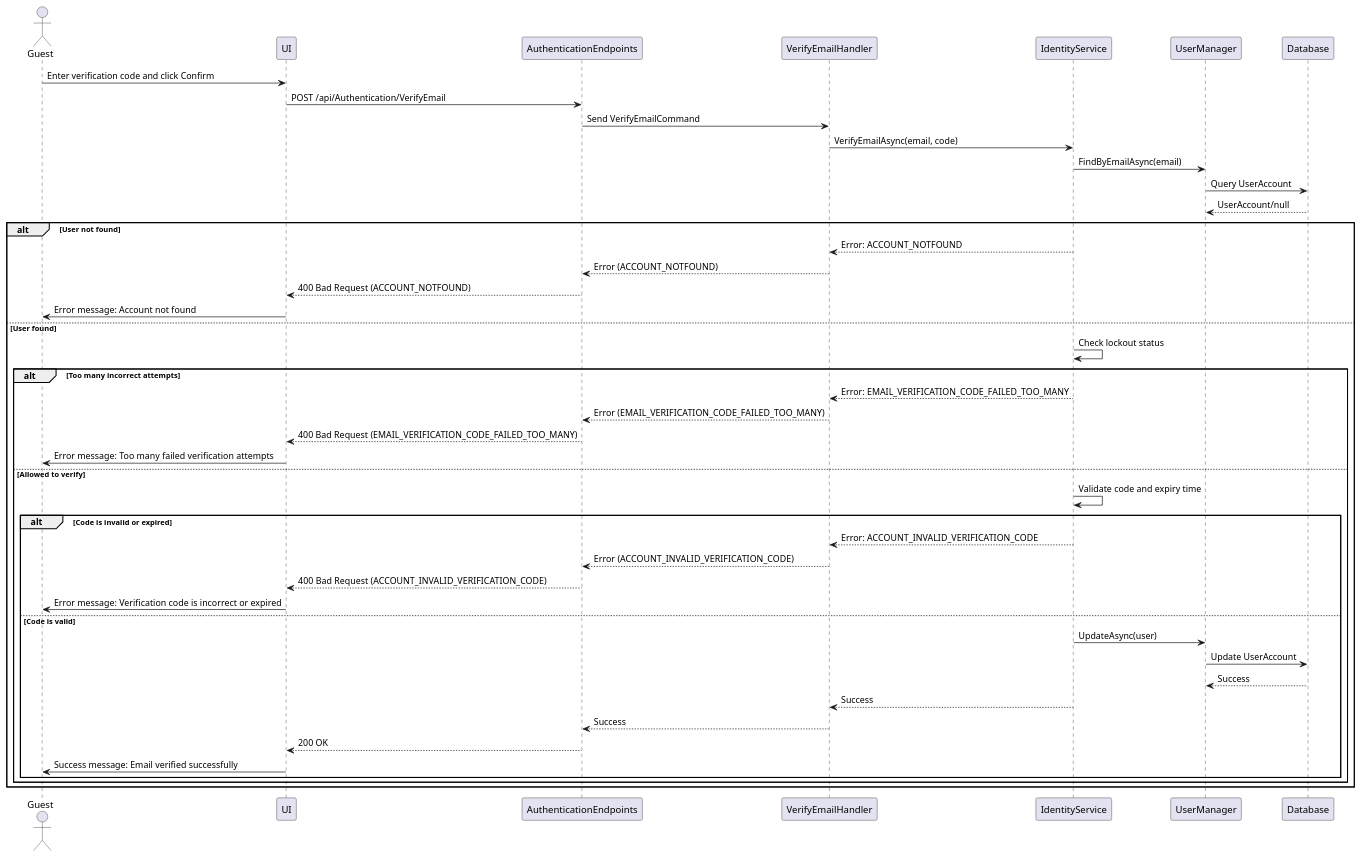
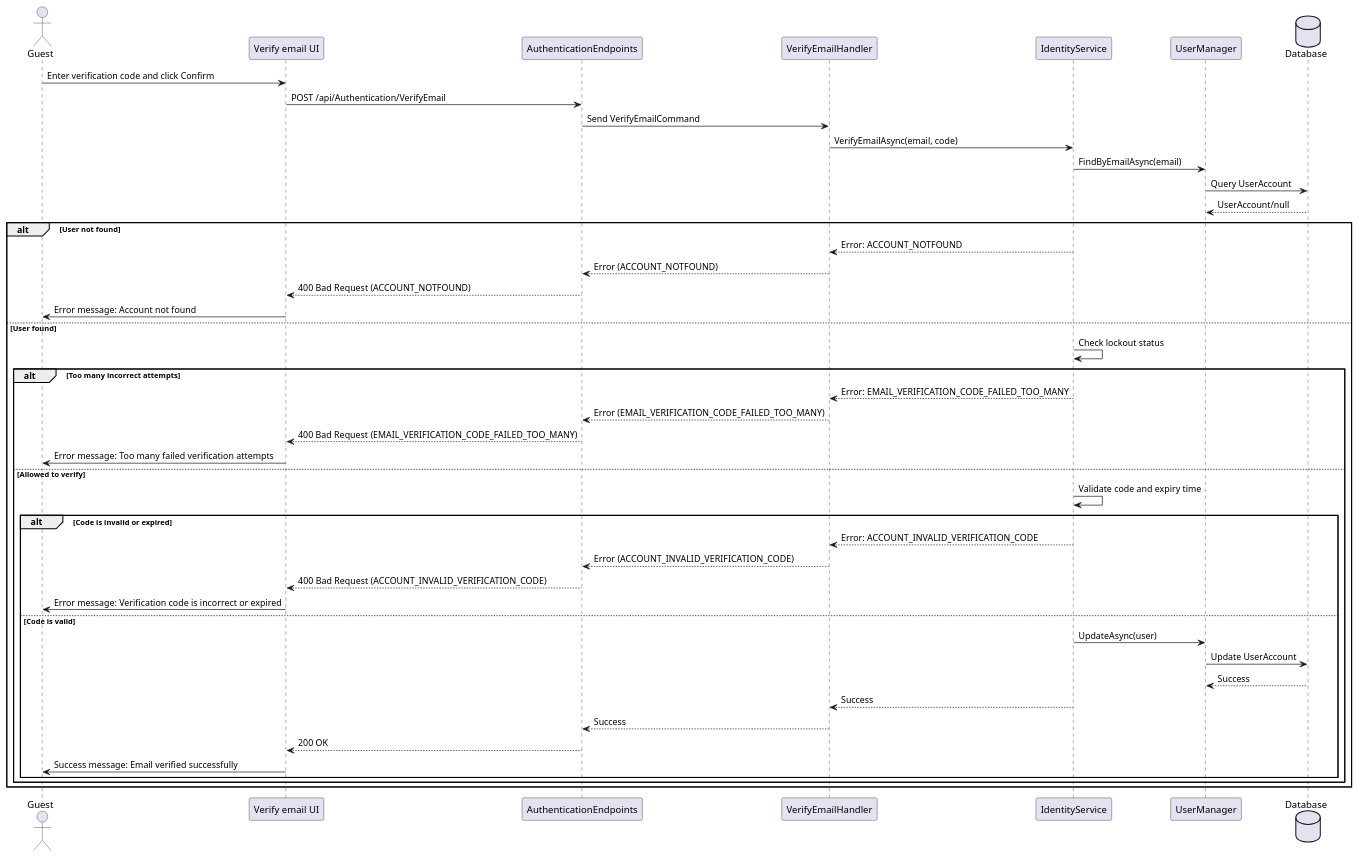
One commit to thanhkhac/SEP_Diagram changed the diagram in authentication/Sequence/07_VerifyEmail.puml. Above: the diagram before and after it, drawn with PlantUML. The commit also changed 9 other files, not shown here.

First line of the commit message:
Update authentication sequence diagrams for clarity

```diff
--- a/authentication/Sequence/07_VerifyEmail.puml
+++ b/authentication/Sequence/07_VerifyEmail.puml
@@ -1,48 +1,48 @@
 @startuml
 actor Guest as User
-participant UI
+participant "Verify email UI" as UI
 participant AuthenticationEndpoints
 participant VerifyEmailHandler
 participant IdentityService
 participant UserManager
-participant Database
+Database Database
 
 User -> UI : Enter verification code and click Confirm
 UI -> AuthenticationEndpoints : POST /api/Authentication/VerifyEmail
 AuthenticationEndpoints -> VerifyEmailHandler : Send VerifyEmailCommand
 VerifyEmailHandler -> IdentityService : VerifyEmailAsync(email, code)
 IdentityService -> UserManager : FindByEmailAsync(email)
 UserManager -> Database : Query UserAccount
 Database --> UserManager : UserAccount/null
 
 alt User not found
     IdentityService --> VerifyEmailHandler : Error: ACCOUNT_NOTFOUND
     VerifyEmailHandler --> AuthenticationEndpoints : Error (ACCOUNT_NOTFOUND)
     AuthenticationEndpoints --> UI : 400 Bad Request (ACCOUNT_NOTFOUND)
     UI -> User : Error message: Account not found
 else User found
     IdentityService -> IdentityService : Check lockout status
     alt Too many incorrect attempts
         IdentityService --> VerifyEmailHandler : Error: EMAIL_VERIFICATION_CODE_FAILED_TOO_MANY
         VerifyEmailHandler --> AuthenticationEndpoints : Error (EMAIL_VERIFICATION_CODE_FAILED_TOO_MANY)
         AuthenticationEndpoints --> UI : 400 Bad Request (EMAIL_VERIFICATION_CODE_FAILED_TOO_MANY)
         UI -> User : Error message: Too many failed verification attempts
     else Allowed to verify
         IdentityService -> IdentityService : Validate code and expiry time
         alt Code is invalid or expired
             IdentityService --> VerifyEmailHandler : Error: ACCOUNT_INVALID_VERIFICATION_CODE
             VerifyEmailHandler --> AuthenticationEndpoints : Error (ACCOUNT_INVALID_VERIFICATION_CODE)
             AuthenticationEndpoints --> UI : 400 Bad Request (ACCOUNT_INVALID_VERIFICATION_CODE)
             UI -> User : Error message: Verification code is incorrect or expired
         else Code is valid
             IdentityService -> UserManager : UpdateAsync(user)
             UserManager -> Database : Update UserAccount
             Database --> UserManager : Success
             IdentityService --> VerifyEmailHandler : Success
             VerifyEmailHandler --> AuthenticationEndpoints : Success
             AuthenticationEndpoints --> UI : 200 OK
             UI -> User : Success message: Email verified successfully
         end
     end
 end
 @enduml
```
